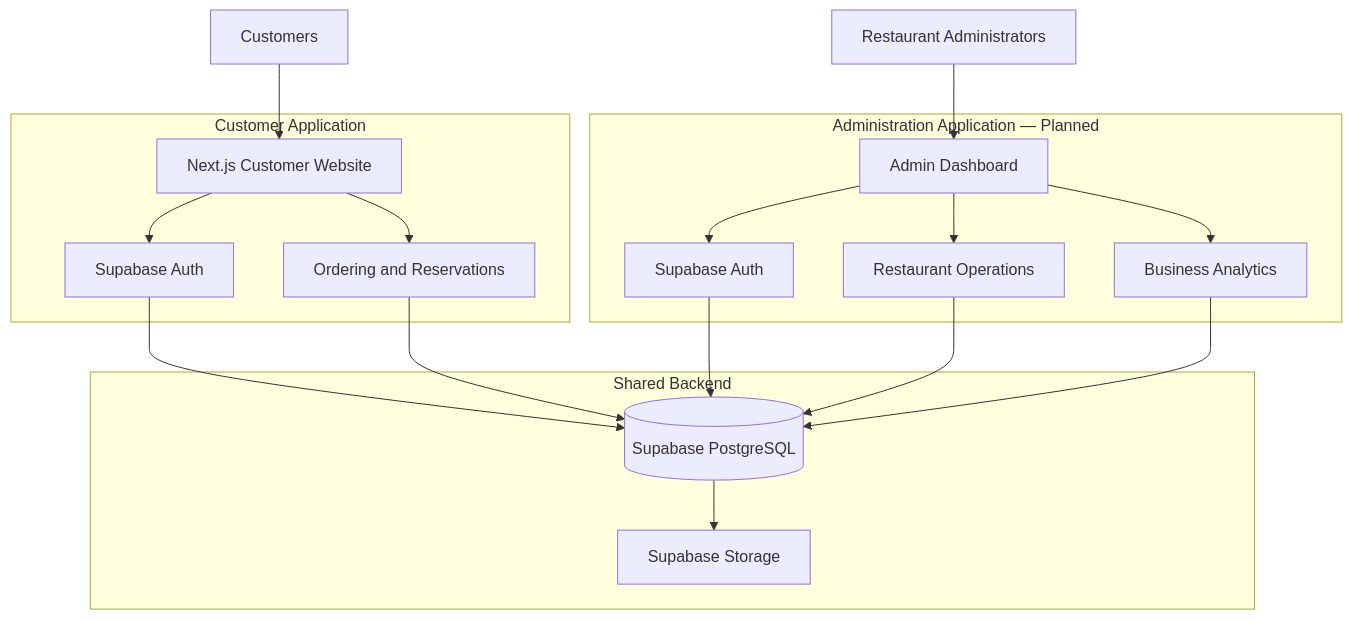
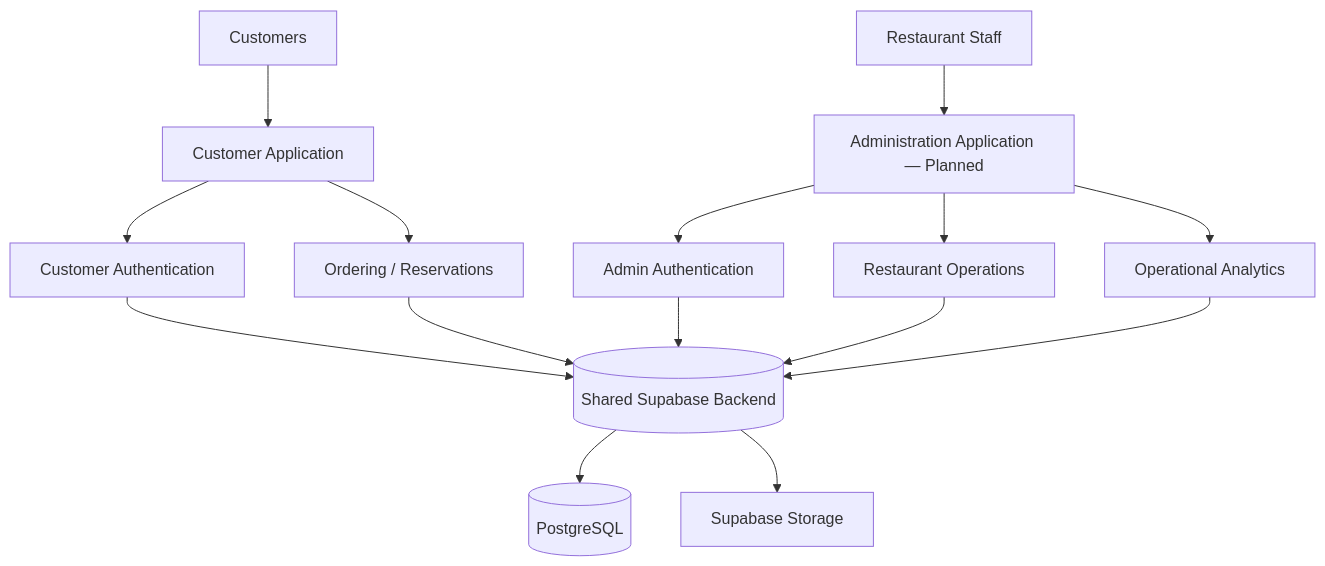
The sixth of 6 diagrams in README.md (ashwin8223/tasty-treat-website), drawn with Mermaid before and after one commit. The commit also changed other lines of this file and 25 other files, not shown here.

````diff
--- a/README.md
+++ b/README.md
@@ -670,40 +524,21 @@
 ```mermaid
 flowchart TB
-    CUSTOMER["Customers"]
-    STAFF["Restaurant Administrators"]
+    CUSTOMER["Customers"] --> CUSTOMER_APP["Customer Application"]
+    STAFF["Restaurant Staff"] --> ADMIN_APP["Administration Application — Planned"]
 
-    subgraph CUSTOMER_APP["Customer Application"]
-        WEB["Next.js Customer Website"]
-        CUSTOMER_AUTH["Supabase Auth"]
-        ORDERING["Ordering and Reservations"]
-    end
+    CUSTOMER_APP --> CUSTOMER_AUTH["Customer Authentication"]
+    CUSTOMER_APP --> CUSTOMER_WORKFLOWS["Ordering / Reservations"]
 
-    subgraph ADMIN_APP["Administration Application — Planned"]
-        DASHBOARD["Admin Dashboard"]
-        ADMIN_AUTH["Supabase Auth"]
-        OPERATIONS["Restaurant Operations"]
-        ANALYTICS["Business Analytics"]
-    end
+    ADMIN_APP --> ADMIN_AUTH["Admin Authentication"]
+    ADMIN_APP --> ADMIN_OPS["Restaurant Operations"]
+    ADMIN_APP --> ANALYTICS["Operational Analytics"]
 
-    subgraph SHARED["Shared Backend"]
-        DATABASE[("Supabase PostgreSQL")]
-        STORAGE["Supabase Storage"]
-    end
+    CUSTOMER_AUTH --> BACKEND[("Shared Supabase Backend")]
+    CUSTOMER_WORKFLOWS --> BACKEND
+    ADMIN_AUTH --> BACKEND
+    ADMIN_OPS --> BACKEND
+    ANALYTICS --> BACKEND
 
-    CUSTOMER --> WEB
-    WEB --> CUSTOMER_AUTH
-    WEB --> ORDERING
-
-    STAFF --> DASHBOARD
-    DASHBOARD --> ADMIN_AUTH
-    DASHBOARD --> OPERATIONS
-    DASHBOARD --> ANALYTICS
-
-    CUSTOMER_AUTH --> DATABASE
-    ADMIN_AUTH --> DATABASE
-    ORDERING --> DATABASE
-    OPERATIONS --> DATABASE
-    ANALYTICS --> DATABASE
-
-    DATABASE --> STORAGE
+    BACKEND --> DB[("PostgreSQL")]
+    BACKEND --> STORAGE["Supabase Storage"]
 ```
````
